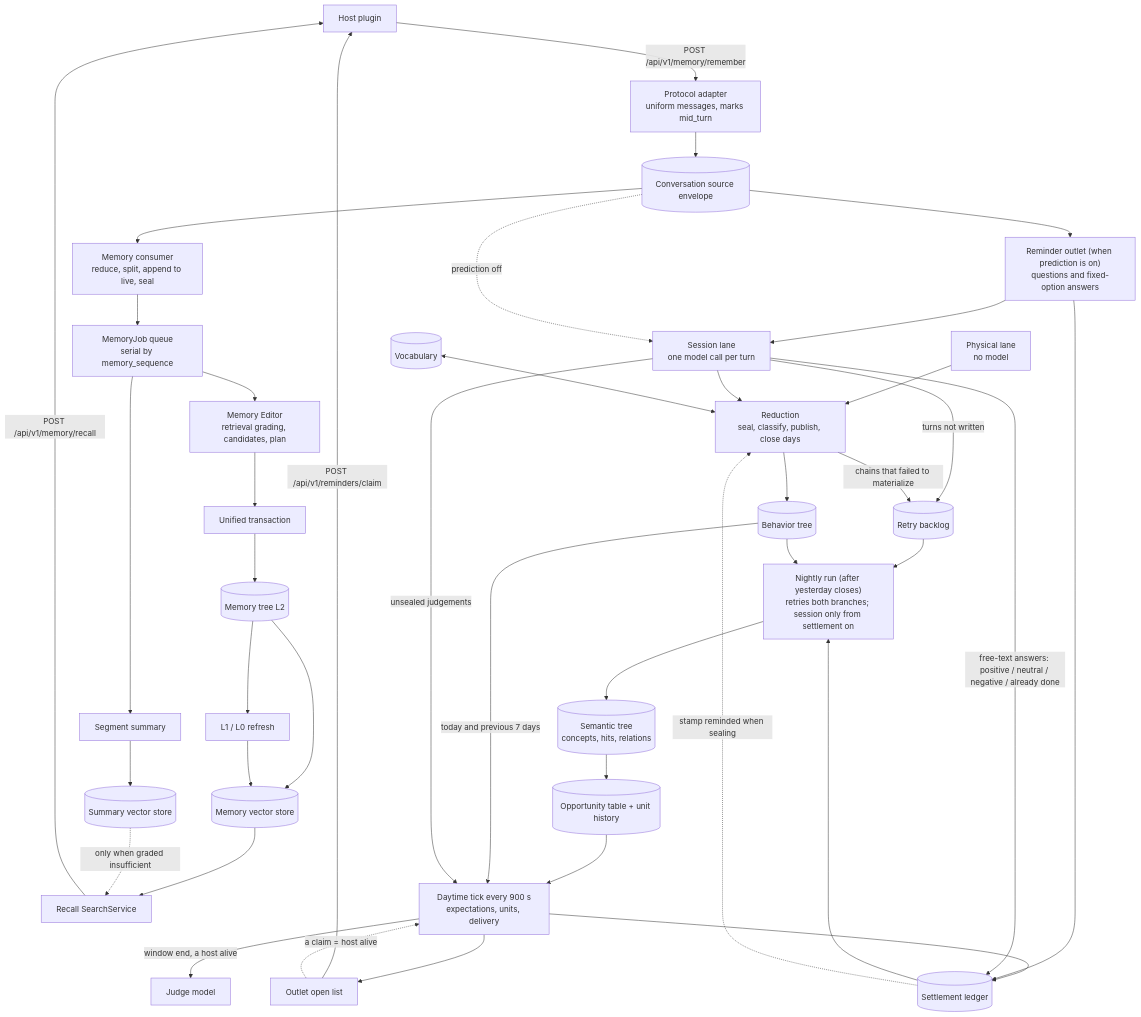
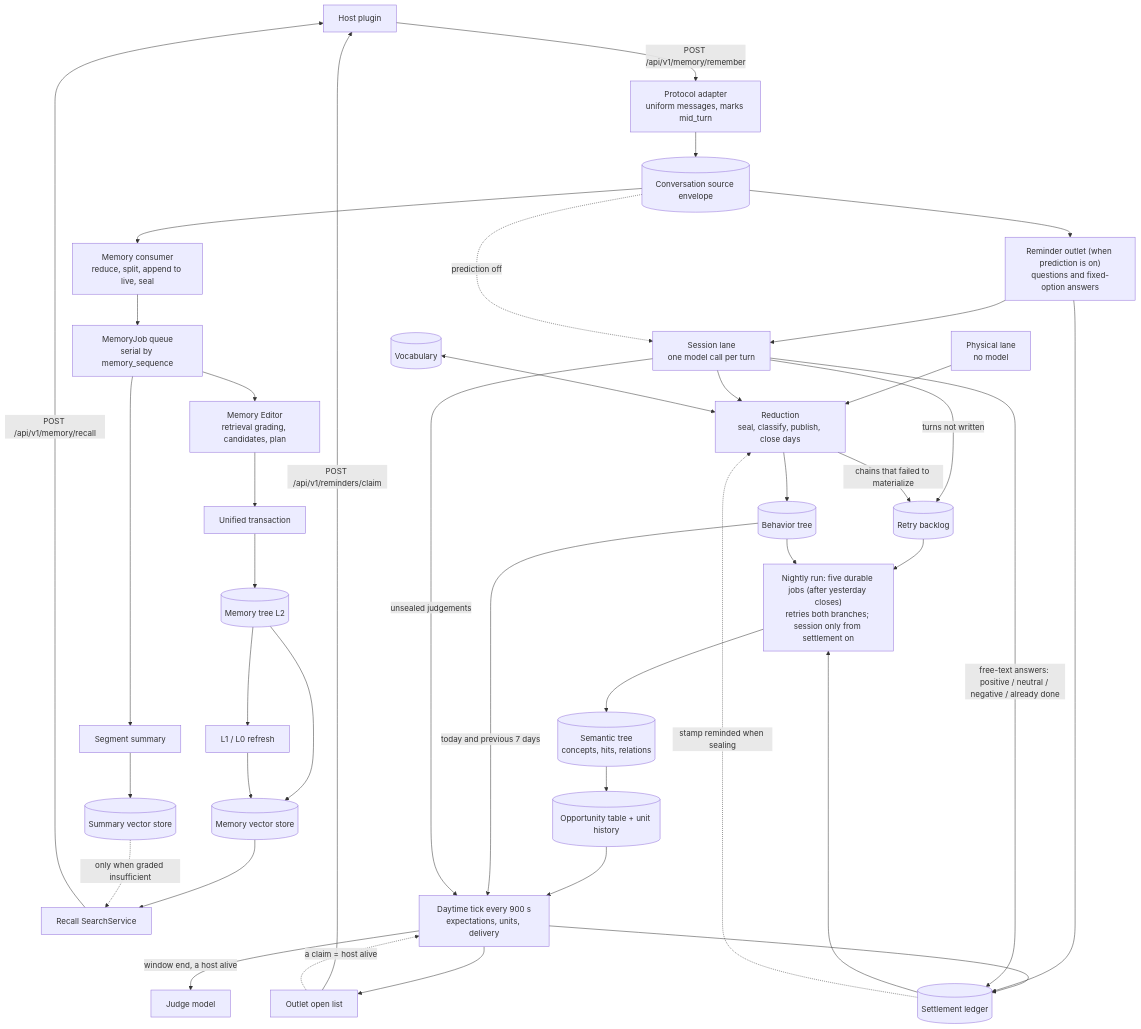
One commit to kkxx939-bot/Habitus changed the diagram in README.md. Above: the diagram before and after it, drawn with Mermaid. The commit also changed other lines of this file and 56 other files, not shown here.

````diff
--- a/README.md
+++ b/README.md
@@ -106,45 +106,45 @@
 ```mermaid
 flowchart TD
   HOST["Host plugin"] -->|"POST /api/v1/memory/remember"| ADP["Protocol adapter<br/>uniform messages, marks mid_turn"]
   ADP --> SRC[("Conversation source envelope")]
 
   SRC --> MEMC["Memory consumer<br/>reduce, split, append to live, seal"]
   MEMC --> JOB["MemoryJob queue<br/>serial by memory_sequence"]
   JOB --> SUM["Segment summary"]
   JOB --> ED["Memory Editor<br/>retrieval grading, candidates, plan"]
   ED --> TX["Unified transaction"]
   TX --> L2[("Memory tree L2")]
   L2 --> L01["L1 / L0 refresh"]
   SUM --> SVEC[("Summary vector store")]
   L2 --> VEC[("Memory vector store")]
   L01 --> VEC
   VEC --> SS["Recall SearchService"]
   SVEC -.->|"only when graded insufficient"| SS
   SS -->|"POST /api/v1/memory/recall"| HOST
 
   SRC --> OUT["Reminder outlet (when prediction is on)<br/>questions and fixed-option answers"]
   OUT --> SL["Session lane<br/>one model call per turn"]
   SRC -.->|"prediction off"| SL
   PL["Physical lane<br/>no model"] --> RED
   SL --> RED["Reduction<br/>seal, classify, publish, close days"]
   KINDS[("Vocabulary")] <--> RED
   RED --> TREE[("Behavior tree")]
   SL -->|"turns not written"| RETRY[("Retry backlog")]
   RED -->|"chains that failed to materialize"| RETRY
-  RETRY --> NIGHT["Nightly run (after yesterday closes)<br/>retries both branches; session only from settlement on"]
+  RETRY --> NIGHT["Nightly run: five durable jobs (after yesterday closes)<br/>retries both branches; session only from settlement on"]
   TREE --> NIGHT
   NIGHT --> SCENE[("Semantic tree<br/>concepts, hits, relations")]
   SCENE --> OPP[("Opportunity table + unit history")]
   OPP --> TICK["Daytime tick every 900 s<br/>expectations, units, delivery"]
   TREE -->|"today and previous 7 days"| TICK
   SL -->|"unsealed judgements"| TICK
   TICK -->|"window end, a host alive"| JUDGE["Judge model"]
   TICK --> LED[("Settlement ledger")]
   LED --> NIGHT
   OUT --> LED
   SL -->|"free-text answers: positive / neutral / negative / already done"| LED
   LED -.->|"stamp reminded when sealing"| RED
   TICK --> OPEN["Outlet open list"]
   OPEN -->|"POST /api/v1/reminders/claim"| HOST
   OPEN -.->|"a claim = host alive"| TICK
 ```
````
